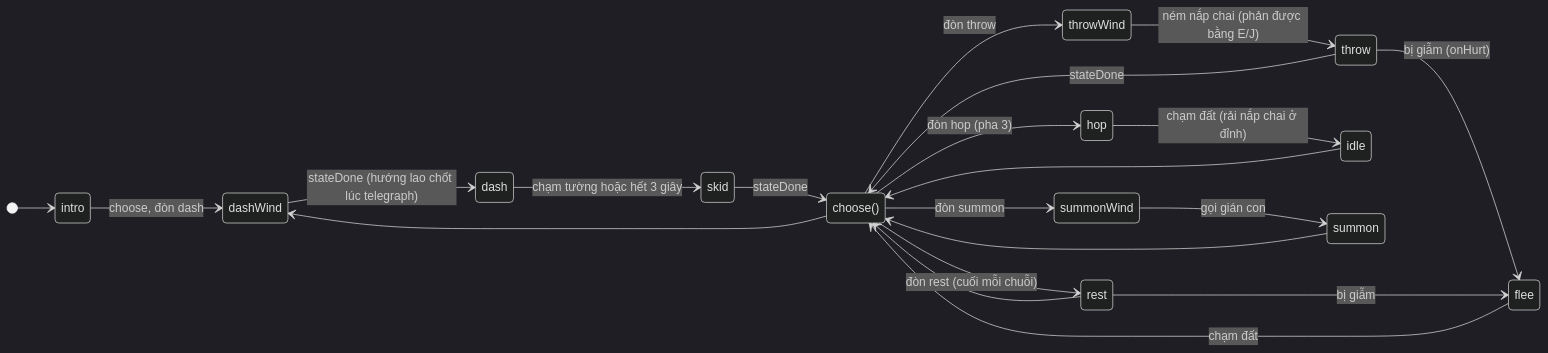
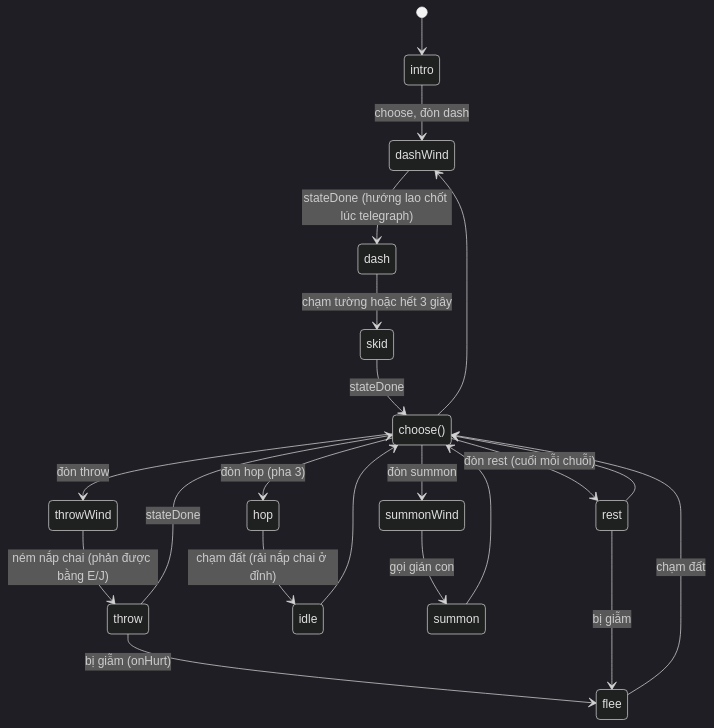
Before and after one commit to TienNHM/oggy-adventure: the sixth of 15 diagrams in docs/design/04-state-machines.md, drawn with Mermaid (dark theme). The commit also changed other lines of this file and 29 other files, not shown here.

````diff
--- a/docs/design/04-state-machines.md
+++ b/docs/design/04-state-machines.md
@@ -190,25 +189,24 @@
 ```mermaid
 stateDiagram-v2
-  direction LR
   [*] --> intro
   intro --> dashWind : choose, đòn dash
   dashWind --> dash : stateDone (hướng lao chốt lúc telegraph)
   dash --> skid : chạm tường hoặc hết 3 giây
   skid --> Chon : stateDone
   Chon --> throwWind : đòn throw
   throwWind --> throw : ném nắp chai (phản được bằng E/J)
   throw --> Chon : stateDone
   Chon --> hop : đòn hop (pha 3)
   hop --> idle : chạm đất (rải nắp chai ở đỉnh)
   idle --> Chon
   Chon --> summonWind : đòn summon
   summonWind --> summon : gọi gián con
   summon --> Chon
   Chon --> rest : đòn rest (cuối mỗi chuỗi)
   rest --> Chon
   Chon --> dashWind
   state "choose()" as Chon
   throw --> flee : bị giẫm (onHurt)
   rest --> flee : bị giẫm
   flee --> Chon : chạm đất
 ```
````
